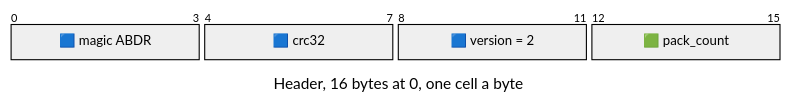
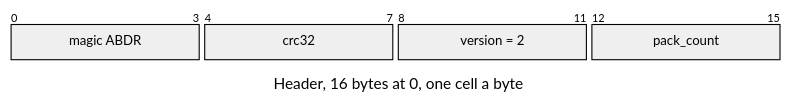
Before and after one commit to jose-villegas/autana: the first of 2 diagrams in docs/assets/formats/ABDR.md, drawn with Mermaid. The commit also changed other lines of this file and 13 other files, not shown here.

Commit message:
formats: fill each packet box by its field's role through themeCSS the role gate writes, replacing the label squares (autana-edcif)

````diff
--- a/docs/assets/formats/ABDR.md
+++ b/docs/assets/formats/ABDR.md
@@ -7,14 +7,15 @@
 ```mermaid
 ---
 config:
+  themeCSS: "g:nth-of-type(2) rect:nth-of-type(1) { fill: #8fb3ee !important; } g:nth-of-type(2) rect:nth-of-type(2) { fill: #8fb3ee !important; } g:nth-of-type(2) rect:nth-of-type(3) { fill: #8fb3ee !important; } g:nth-of-type(2) rect:nth-of-type(4) { fill: #93d6b0 !important; } .packetLabel { fill: #1b1b1b !important; }"
   packet:
     bitsPerRow: 16
     bitWidth: 44
 ---
 packet-beta
 title Header, 16 bytes at 0, one cell a byte
-0-3: "🟦 magic ABDR"
-4-7: "🟦 crc32"
-8-11: "🟦 version = 2"
-12-15: "🟩 pack_count"
+0-3: "magic ABDR"
+4-7: "crc32"
+8-11: "version = 2"
+12-15: "pack_count"
 ```
````
